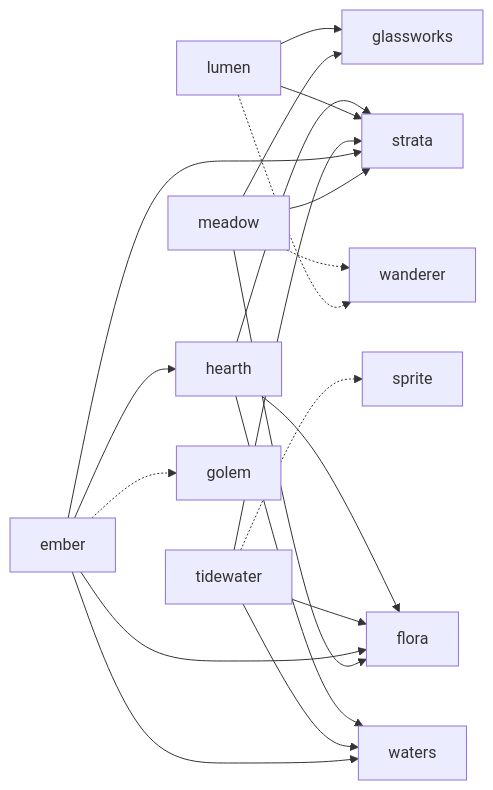
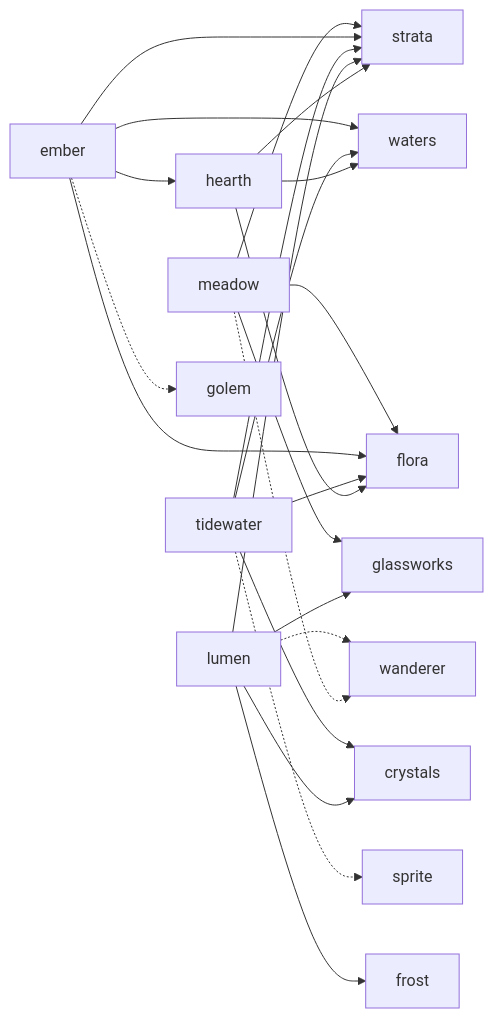
One commit to mkappworks-dev/tesserae changed the diagram in docs/demo-games.md. Above: the diagram before and after it, drawn with Mermaid. The commit also changed other lines of this file and 77 other files, not shown here.

````diff
--- a/docs/demo-games.md
+++ b/docs/demo-games.md
@@ -55,22 +55,25 @@
 ```mermaid
 graph LR
   meadow --> strata
   meadow --> flora
   meadow --> glassworks
   ember --> strata
   ember --> waters
   ember --> flora
   ember --> hearth
   tidewater --> strata
   tidewater --> waters
   tidewater --> flora
+  tidewater --> crystals
   lumen --> strata
   lumen --> glassworks
+  lumen --> frost
+  lumen --> crystals
   lumen -.-> wanderer
   meadow -.-> wanderer
   ember -.-> golem
   tidewater -.-> sprite
   hearth --> strata
   hearth --> waters
   hearth --> flora
 ```
````
